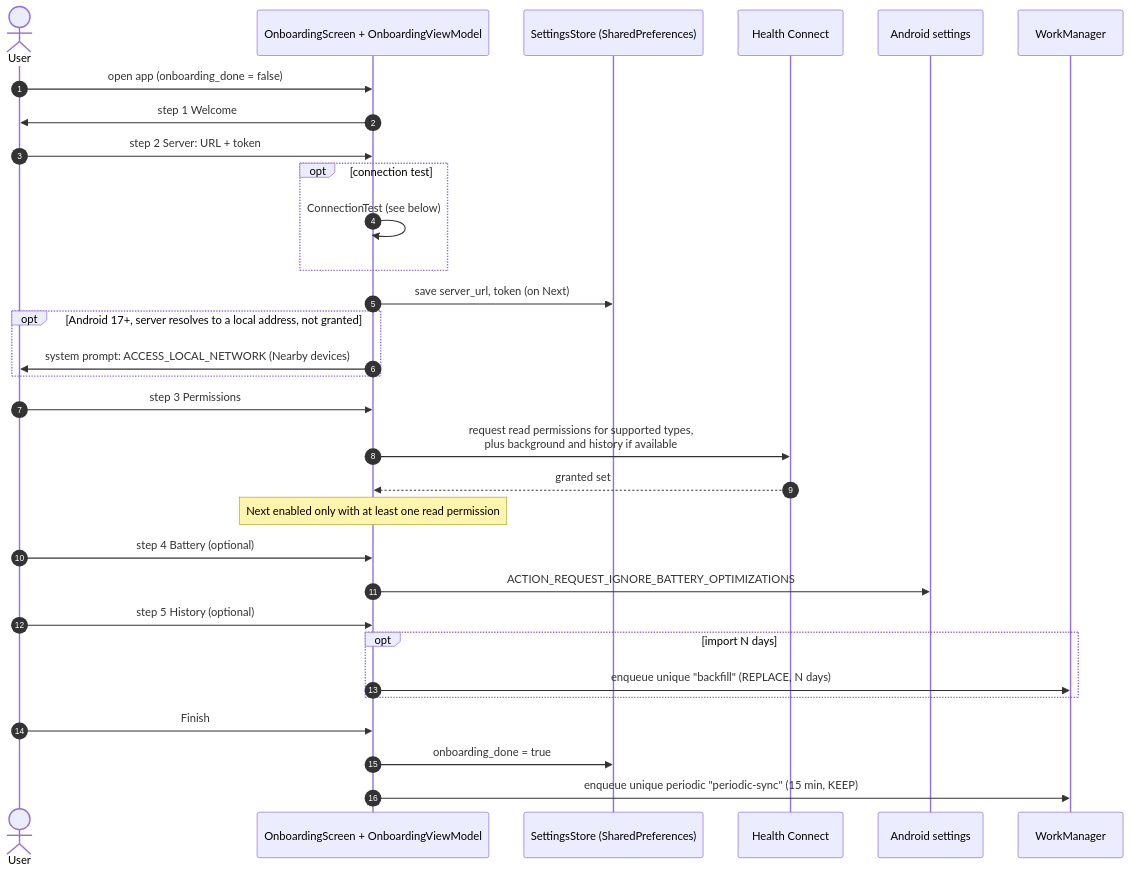
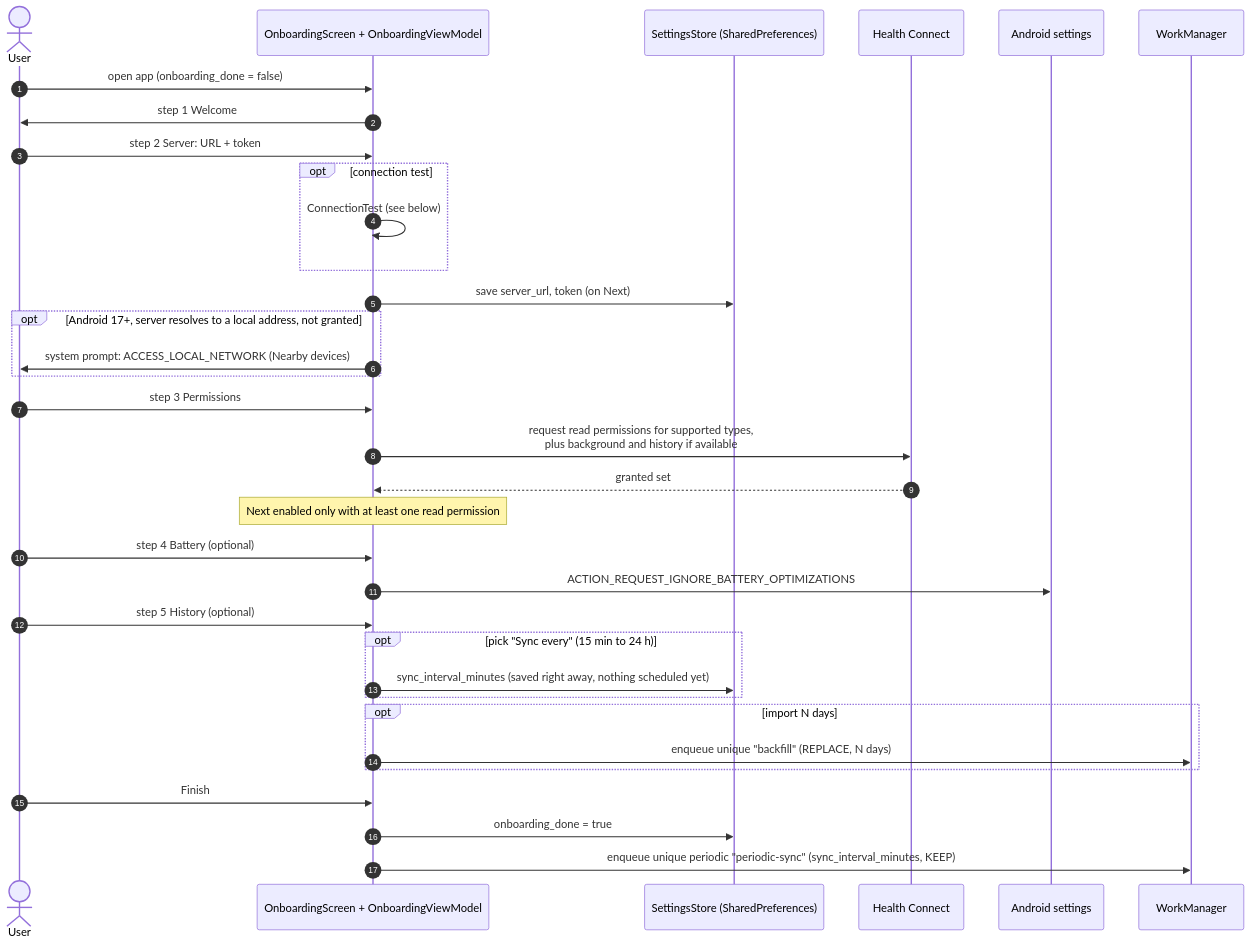
One commit to MateuxLucax/health-connect-bridge changed the first of 11 diagrams in docs/sequences.md. Above: the diagram before and after it, drawn with Mermaid. The commit also changed other lines of this file and 25 other files, not shown here.

First line of the commit message:
Make the automatic sync interval configurable

````diff
--- a/docs/sequences.md
+++ b/docs/sequences.md
@@ -19,34 +19,37 @@
 ```mermaid
 sequenceDiagram
     autonumber
     actor U as User
     participant O as OnboardingScreen + OnboardingViewModel
     participant SP as SettingsStore (SharedPreferences)
     participant HC as Health Connect
     participant OS as Android settings
     participant WM as WorkManager
 
     U->>O: open app (onboarding_done = false)
     O->>U: step 1 Welcome
     U->>O: step 2 Server: URL + token
     opt connection test
         O->>O: ConnectionTest (see below)
     end
     O->>SP: save server_url, token (on Next)
     opt Android 17+, server resolves to a local address, not granted
         O->>U: system prompt: ACCESS_LOCAL_NETWORK (Nearby devices)
     end
     U->>O: step 3 Permissions
     O->>HC: request read permissions for supported types,<br/>plus background and history if available
     HC-->>O: granted set
     Note over O: Next enabled only with at least one read permission
     U->>O: step 4 Battery (optional)
     O->>OS: ACTION_REQUEST_IGNORE_BATTERY_OPTIMIZATIONS
     U->>O: step 5 History (optional)
+    opt pick "Sync every" (15 min to 24 h)
+        O->>SP: sync_interval_minutes (saved right away, nothing scheduled yet)
+    end
     opt import N days
         O->>WM: enqueue unique "backfill" (REPLACE, N days)
     end
     U->>O: Finish
     O->>SP: onboarding_done = true
-    O->>WM: enqueue unique periodic "periodic-sync" (15 min, KEEP)
+    O->>WM: enqueue unique periodic "periodic-sync" (sync_interval_minutes, KEEP)
 ```
````
